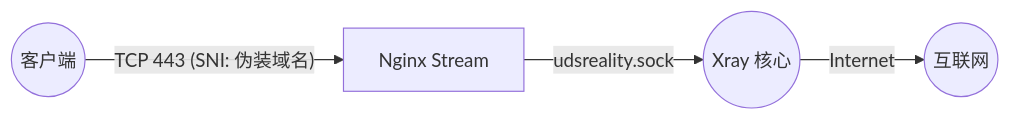
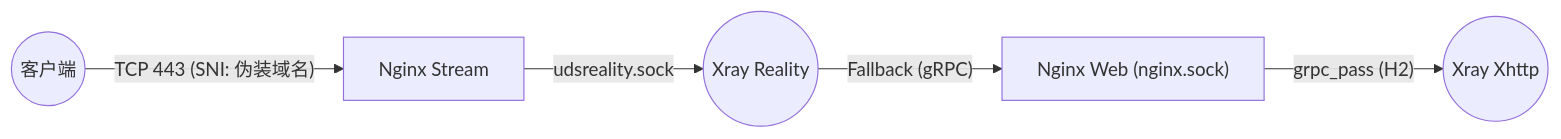
The sixth of 9 diagrams in docker/sb-xray/docs/client-configs.md (currycan/key), drawn with Mermaid before and after one commit. The commit also changed other lines of this file and 4 other files, not shown here.

````diff
--- a/docker/sb-xray/docs/client-configs.md
+++ b/docker/sb-xray/docs/client-configs.md
@@ -232,6 +275,7 @@
     ```mermaid
     graph LR
         User((客户端)) -- TCP 443 (SNI: 伪装域名) --> NginxStream[Nginx Stream]
-        NginxStream -- udsreality.sock --> Xray((Xray 核心))
-        Xray -- Internet --> Internet((互联网))
+        NginxStream -- udsreality.sock --> Reality((Xray Reality))
+        Reality -- "Fallback (gRPC)" --> NginxWeb["Nginx Web (nginx.sock)"]
+        NginxWeb -- "grpc_pass (H2)" --> Xhttp((Xray Xhttp))
     ```
````
